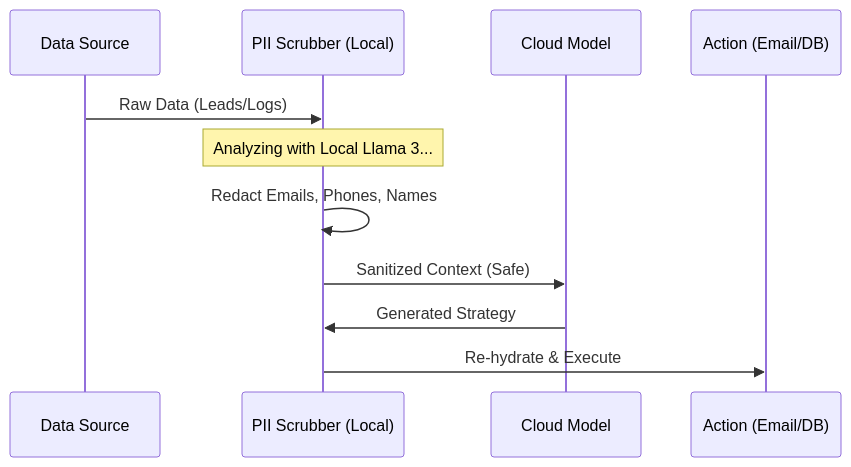
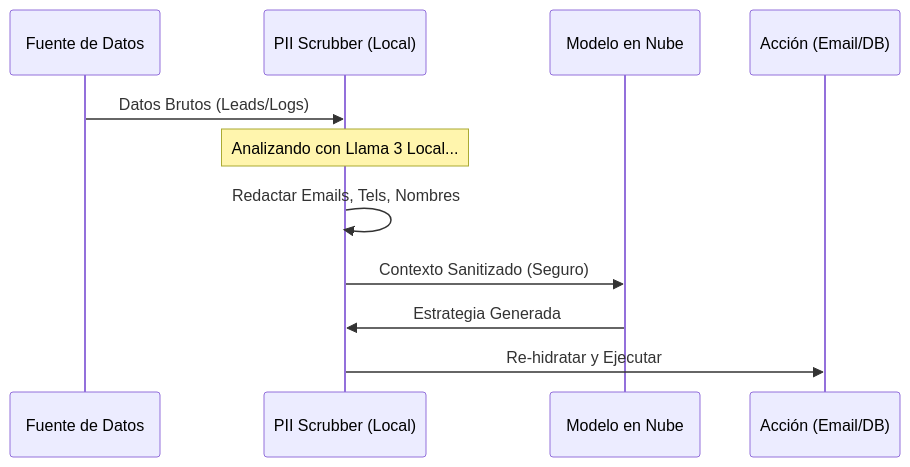
One commit to mauroociappinaph/the-dude-architecture-case-study changed the fourth of 4 diagrams in README.md. Above: the diagram before and after it, drawn with Mermaid. The commit also changed other lines of this file, not shown here.

Commit message:
Fixed: Translate to Spanish and correct Mermaid syntax

````diff
--- a/README.md
+++ b/README.md
@@ -116,14 +116,14 @@
 ```mermaid
 sequenceDiagram
-    participant Source as Data Source
+    participant Source as Fuente de Datos
     participant Shield as PII Scrubber (Local)
-    participant Cloud as Cloud Model
-    participant Dest as Action (Email/DB)
+    participant Cloud as Modelo en Nube
+    participant Dest as Acción (Email/DB)
 
-    Source->>Shield: Raw Data (Leads/Logs)
-    Note over Shield: Analyzing with Local Llama 3...
-    Shield->>Shield: Redact Emails, Phones, Names
-    Shield->>Cloud: Sanitized Context (Safe)
-    Cloud->>Shield: Generated Strategy
-    Shield->>Dest: Re-hydrate & Execute
+    Source->>Shield: Datos Brutos (Leads/Logs)
+    Note over Shield: Analizando con Llama 3 Local...
+    Shield->>Shield: Redactar Emails, Tels, Nombres
+    Shield->>Cloud: Contexto Sanitizado (Seguro)
+    Cloud->>Shield: Estrategia Generada
+    Shield->>Dest: Re-hidratar y Ejecutar
 ```
````
